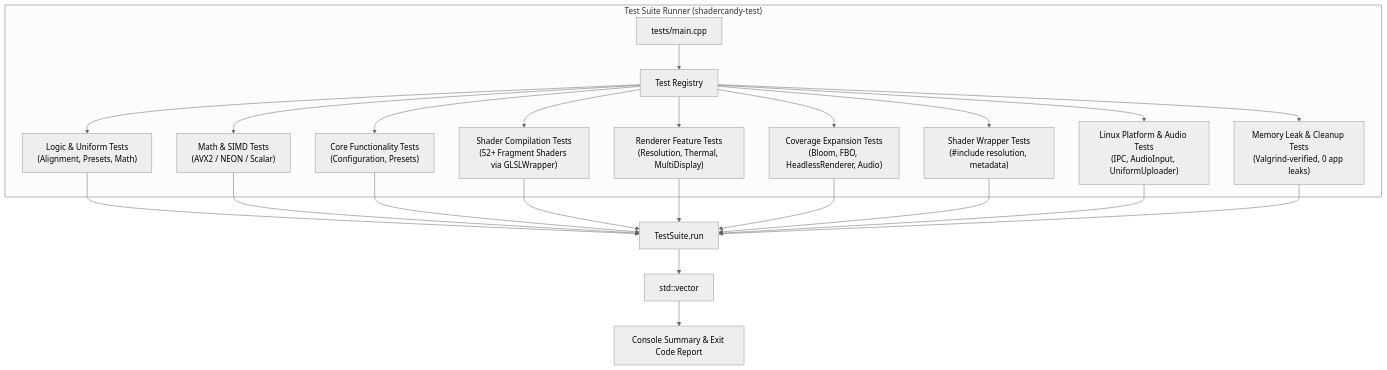
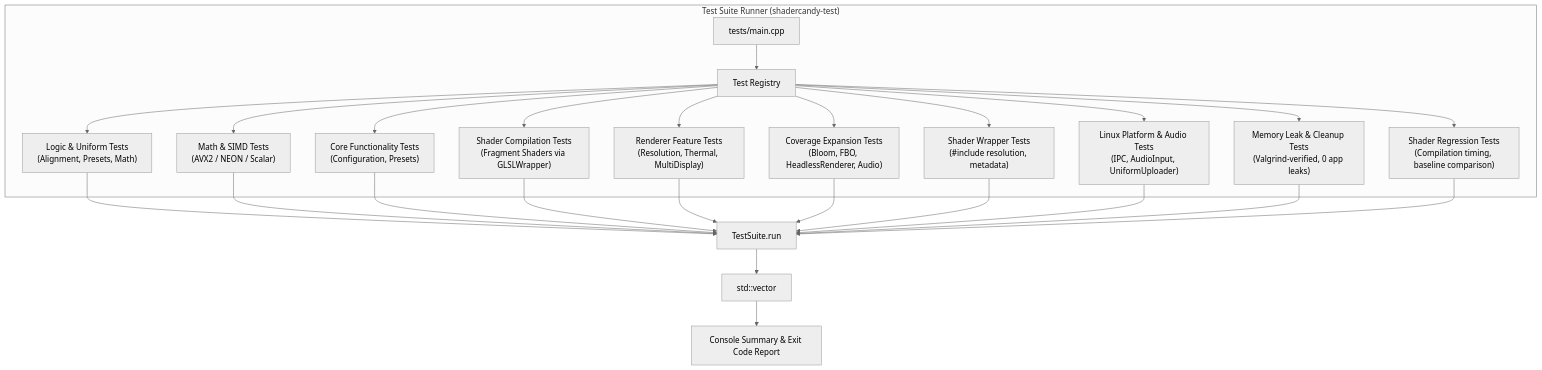
Diagram 14 of 15 in docs/ArchitectureDiagrams.md (23skdu/ShaderCandy), drawn with Mermaid (neutral theme) before and after one commit. The commit also changed other lines of this file and 6 other files, not shown here.

First line of the commit message:
docs: update all documentation — fix test counts, remove outdated info, add mermaid diagrams

````diff
--- a/docs/ArchitectureDiagrams.md
+++ b/docs/ArchitectureDiagrams.md
@@ -383,19 +426,20 @@
 ```mermaid
 flowchart TD
     subgraph "Test Suite Runner (shadercandy-test)"
         Main[tests/main.cpp] --> Reg[Test Registry]
         Reg --> S1["Logic & Uniform Tests\n(Alignment, Presets, Math)"]
         Reg --> S2["Math & SIMD Tests\n(AVX2 / NEON / Scalar)"]
         Reg --> S3["Core Functionality Tests\n(Configuration, Presets)"]
-        Reg --> S4["Shader Compilation Tests\n(52+ Fragment Shaders via GLSLWrapper)"]
+        Reg --> S4["Shader Compilation Tests\n(Fragment Shaders via GLSLWrapper)"]
         Reg --> S5["Renderer Feature Tests\n(Resolution, Thermal, MultiDisplay)"]
         Reg --> S6["Coverage Expansion Tests\n(Bloom, FBO, HeadlessRenderer, Audio)"]
         Reg --> S7["Shader Wrapper Tests\n(#include resolution, metadata)"]
         Reg --> S8["Linux Platform & Audio Tests\n(IPC, AudioInput, UniformUploader)"]
         Reg --> S9["Memory Leak & Cleanup Tests\n(Valgrind-verified, 0 app leaks)"]
+        Reg --> S10["Shader Regression Tests\n(Compilation timing, baseline comparison)"]
     end
 
-    S1 & S2 & S3 & S4 & S5 & S6 & S7 & S8 & S9 --> Runner[TestSuite.run]
+    S1 & S2 & S3 & S4 & S5 & S6 & S7 & S8 & S9 & S10 --> Runner[TestSuite.run]
     Runner --> Results["std::vector<TestResult>"]
     Results --> Format["Console Summary & Exit Code Report"]
 ```
````
